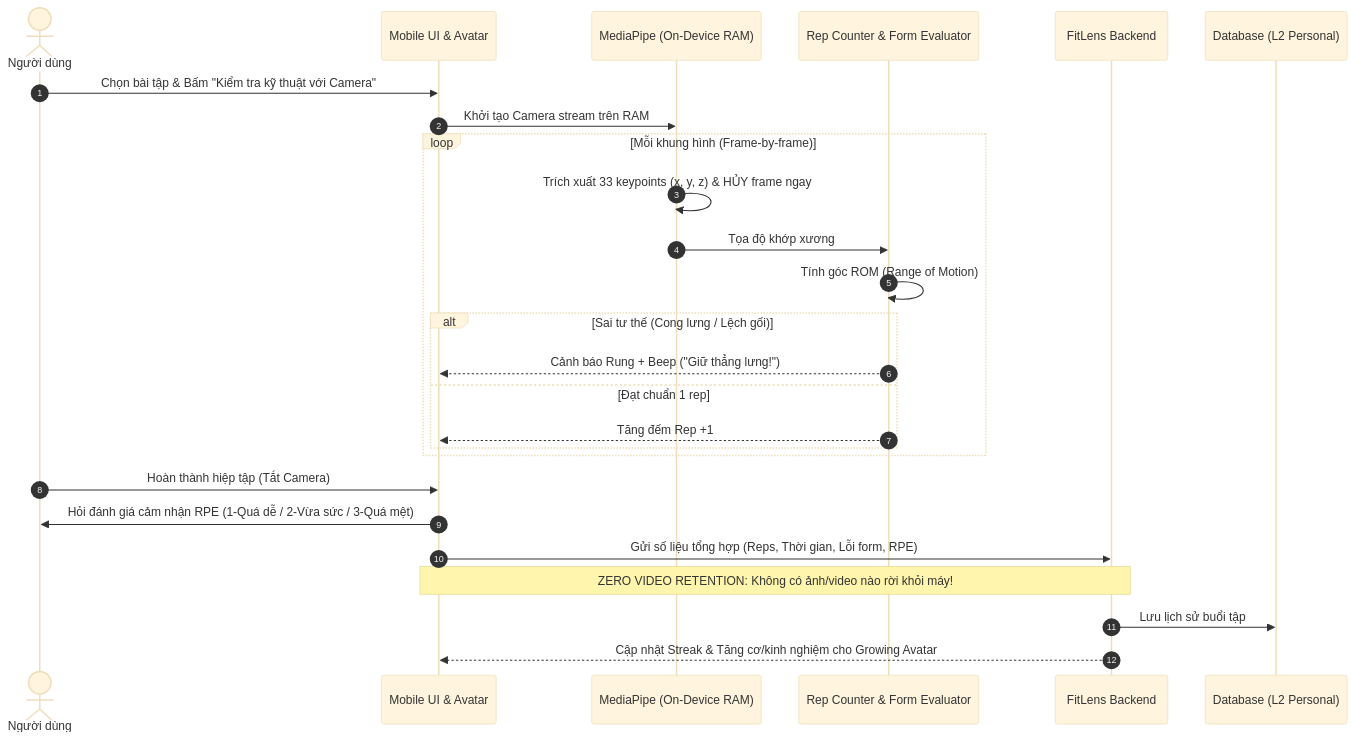
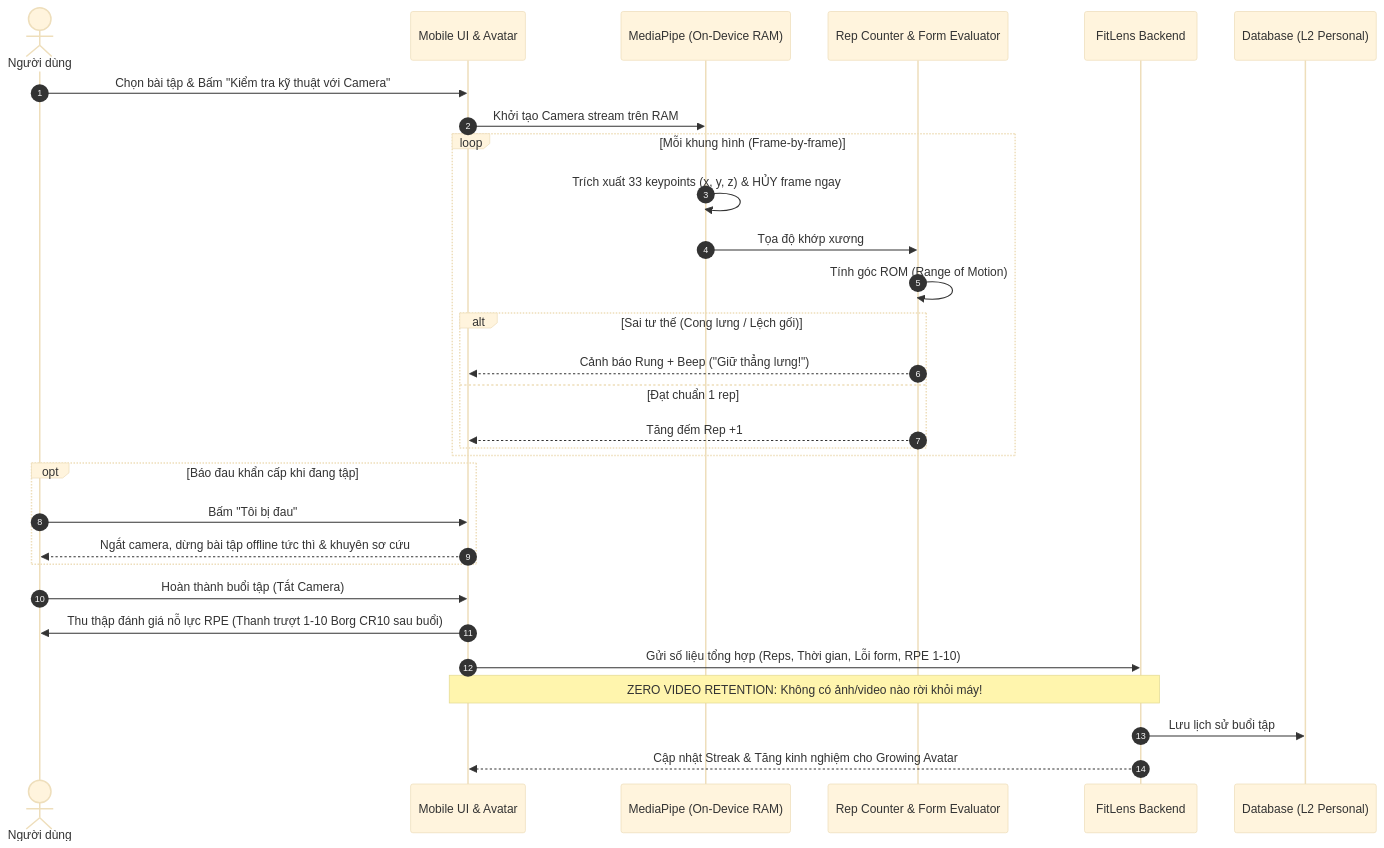
Before and after one commit to NewFace819/FitLens: the second of 3 diagrams in docs/ARCHITECTURE.md, drawn with Mermaid (base theme). The commit also changed other lines of this file and 3 other files, not shown here.

Commit message:
docs: standardize use cases, unify post-workout RPE 1-10, remove calorie compensation, and add concise architecture

````diff
--- a/docs/ARCHITECTURE.md
+++ b/docs/ARCHITECTURE.md
@@ -88,29 +97,33 @@
 ```mermaid
 sequenceDiagram
     autonumber
     actor User as Người dùng
     participant App as Mobile UI & Avatar
     participant Vision as MediaPipe (On-Device RAM)
     participant RepEngine as Rep Counter & Form Evaluator
     participant Backend as FitLens Backend
     participant DB as Database (L2 Personal)
 
     User->>App: Chọn bài tập & Bấm "Kiểm tra kỹ thuật với Camera"
     App->>Vision: Khởi tạo Camera stream trên RAM
     loop Mỗi khung hình (Frame-by-frame)
         Vision->>Vision: Trích xuất 33 keypoints (x, y, z) & HỦY frame ngay
         Vision->>RepEngine: Tọa độ khớp xương
         RepEngine->>RepEngine: Tính góc ROM (Range of Motion)
         alt Sai tư thế (Cong lưng / Lệch gối)
             RepEngine-->>App: Cảnh báo Rung + Beep ("Giữ thẳng lưng!")
         else Đạt chuẩn 1 rep
             RepEngine-->>App: Tăng đếm Rep +1
         end
     end
-    User->>App: Hoàn thành hiệp tập (Tắt Camera)
-    App->>User: Hỏi đánh giá cảm nhận RPE (1-Quá dễ / 2-Vừa sức / 3-Quá mệt)
-    App->>Backend: Gửi số liệu tổng hợp (Reps, Thời gian, Lỗi form, RPE)
+    opt Báo đau khẩn cấp khi đang tập
+        User->>App: Bấm "Tôi bị đau"
+        App-->>User: Ngắt camera, dừng bài tập offline tức thì & khuyên sơ cứu
+    end
+    User->>App: Hoàn thành buổi tập (Tắt Camera)
+    App->>User: Thu thập đánh giá nỗ lực RPE (Thanh trượt 1-10 Borg CR10 sau buổi)
+    App->>Backend: Gửi số liệu tổng hợp (Reps, Thời gian, Lỗi form, RPE 1-10)
     Note over App,Backend: ZERO VIDEO RETENTION: Không có ảnh/video nào rời khỏi máy!
     Backend->>DB: Lưu lịch sử buổi tập
-    Backend-->>App: Cập nhật Streak & Tăng cơ/kinh nghiệm cho Growing Avatar
+    Backend-->>App: Cập nhật Streak & Tăng kinh nghiệm cho Growing Avatar
 ```
````
